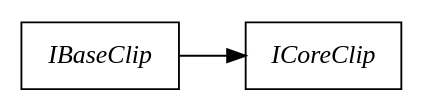
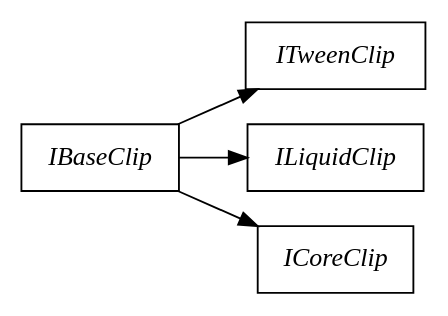
Before and after one commit to sekati/sasapi: the diagram in docs/com/sekati/display/interfaces.dot, drawn with Graphviz. The commit also changed 134 other files, not shown here.

```diff
--- a/docs/com/sekati/display/interfaces.dot
+++ b/docs/com/sekati/display/interfaces.dot
@@ -1,18 +1,34 @@
 strict digraph interface_diagram {
   rankdir=LR;
+  ITweenClip[
+    label="ITweenClip",
+    URL="ITweenClip.html",
+    tooltip="com.sekati.display.ITweenClip",
+    fontname="Times-Italic",
+    shape="record"
+  ];
+  ILiquidClip[
+    label="ILiquidClip",
+    URL="ILiquidClip.html",
+    tooltip="com.sekati.display.ILiquidClip",
+    fontname="Times-Italic",
+    shape="record"
+  ];
   ICoreClip[
     label="ICoreClip",
     URL="ICoreClip.html",
     tooltip="com.sekati.display.ICoreClip",
     fontname="Times-Italic",
     shape="record"
   ];
   IBaseClip[
     label="IBaseClip",
     URL="IBaseClip.html",
     tooltip="com.sekati.display.IBaseClip",
     fontname="Times-Italic",
     shape="record"
   ];
+  IBaseClip -> ITweenClip;
+  IBaseClip -> ILiquidClip;
   IBaseClip -> ICoreClip;
 }
```
